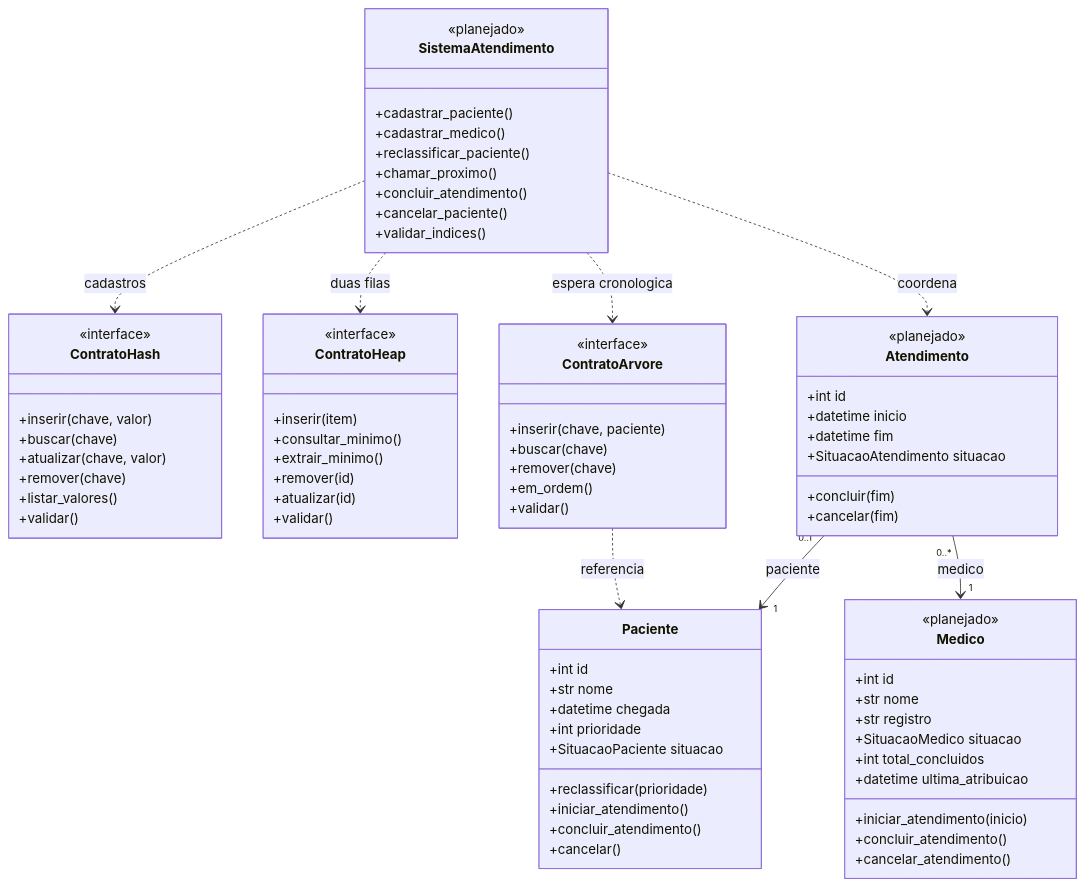
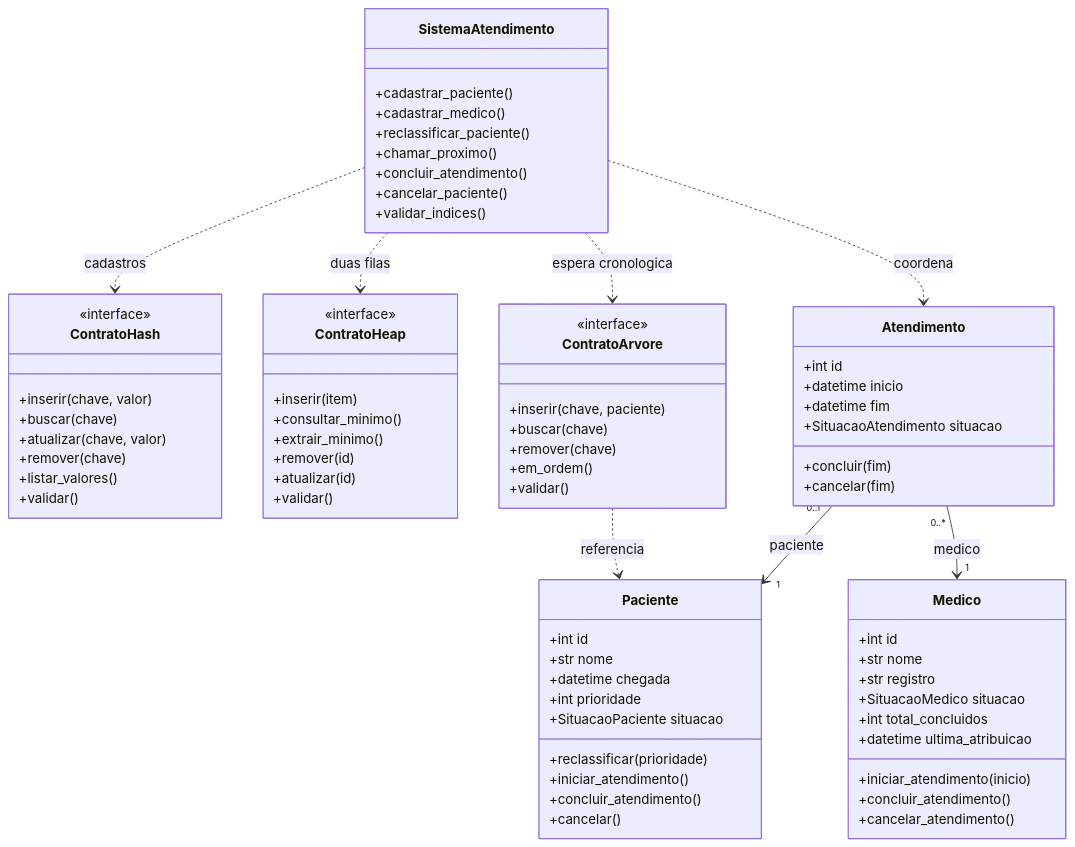
Before and after one commit to GBpontes22/SIGAE: the diagram in docs/arquitetura.md, drawn with Mermaid. The commit also changed other lines of this file and 40 other files, not shown here.

````diff
--- a/docs/arquitetura.md
+++ b/docs/arquitetura.md
@@ -245,79 +241,76 @@
 ```mermaid
 classDiagram
     direction TB
     class SistemaAtendimento {
-        <<planejado>>
         +cadastrar_paciente()
         +cadastrar_medico()
         +reclassificar_paciente()
         +chamar_proximo()
         +concluir_atendimento()
         +cancelar_paciente()
         +validar_indices()
     }
     class ContratoHash {
         <<interface>>
         +inserir(chave, valor)
         +buscar(chave)
         +atualizar(chave, valor)
         +remover(chave)
         +listar_valores()
         +validar()
     }
     class ContratoHeap {
         <<interface>>
         +inserir(item)
         +consultar_minimo()
         +extrair_minimo()
         +remover(id)
         +atualizar(id)
         +validar()
     }
     class ContratoArvore {
         <<interface>>
         +inserir(chave, paciente)
         +buscar(chave)
         +remover(chave)
         +em_ordem()
         +validar()
     }
     class Paciente {
         +int id
         +str nome
         +datetime chegada
         +int prioridade
         +SituacaoPaciente situacao
         +reclassificar(prioridade)
         +iniciar_atendimento()
         +concluir_atendimento()
         +cancelar()
     }
     class Medico {
-        <<planejado>>
         +int id
         +str nome
         +str registro
         +SituacaoMedico situacao
         +int total_concluidos
         +datetime ultima_atribuicao
         +iniciar_atendimento(inicio)
         +concluir_atendimento()
         +cancelar_atendimento()
     }
     class Atendimento {
-        <<planejado>>
         +int id
         +datetime inicio
         +datetime fim
         +SituacaoAtendimento situacao
         +concluir(fim)
         +cancelar(fim)
     }
     SistemaAtendimento ..> ContratoHash : cadastros
     SistemaAtendimento ..> ContratoHeap : duas filas
     SistemaAtendimento ..> ContratoArvore : espera cronologica
     SistemaAtendimento ..> Atendimento : coordena
     ContratoArvore ..> Paciente : referencia
     Atendimento "0..1" --> "1" Paciente : paciente
     Atendimento "0..*" --> "1" Medico : medico
 ```
````
